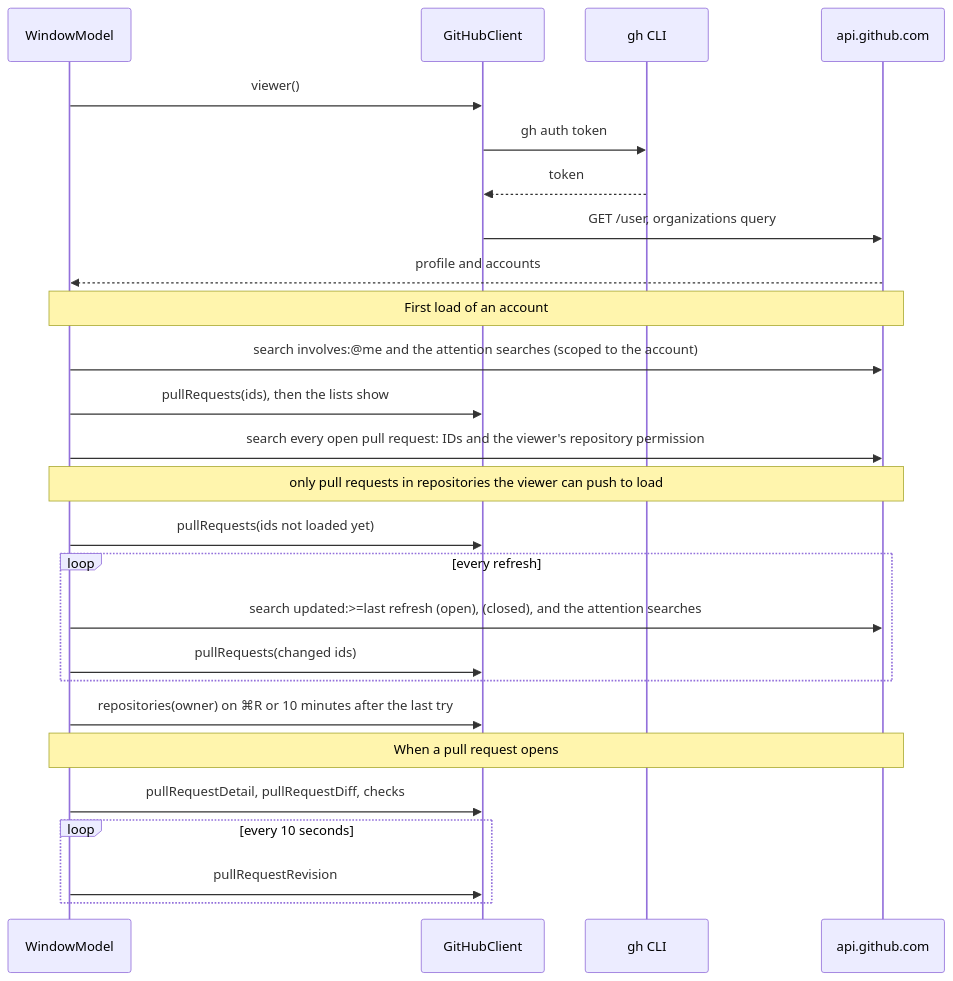
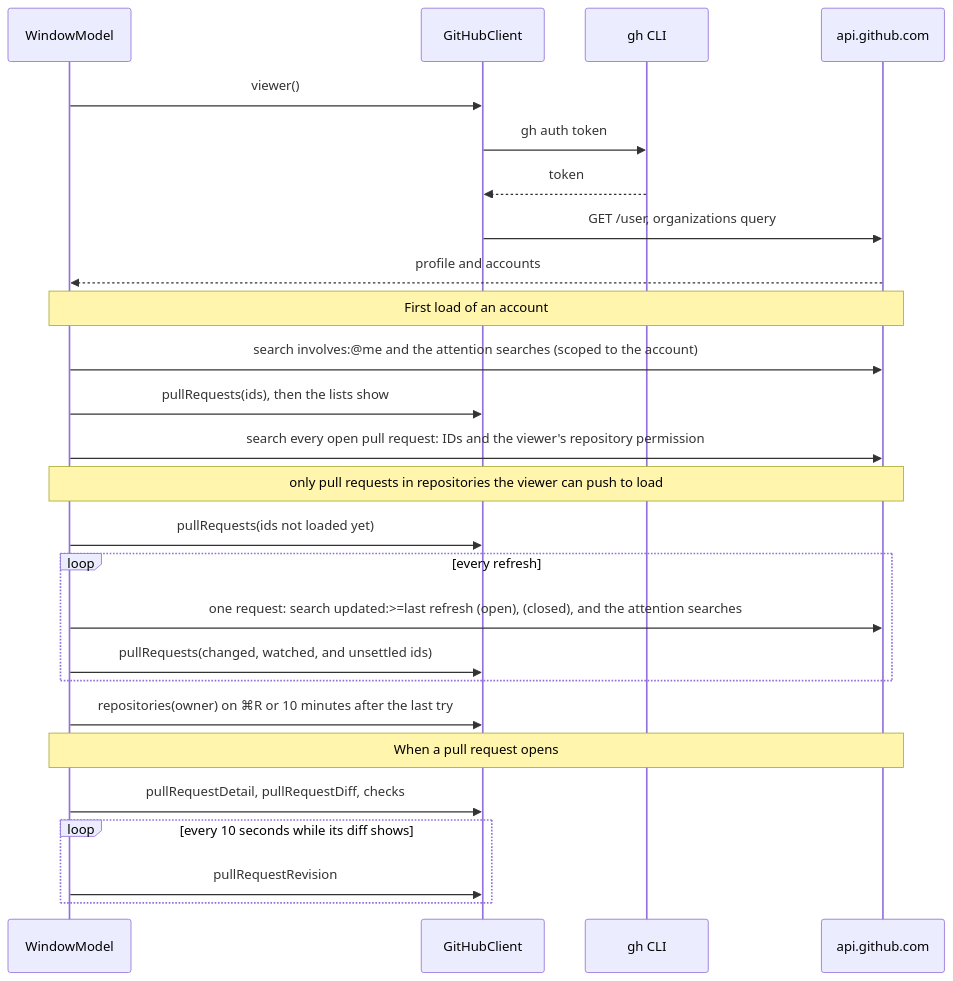
The diagram in plans/github.md (bojanrajkovic/hermes), drawn with Mermaid before and after one commit. The commit also changed other lines of this file and 9 other files, not shown here.

First line of the commit message:
Reload the pull requests on screen by ID on every refresh

````diff
--- a/plans/github.md
+++ b/plans/github.md
@@ -41,32 +41,32 @@
 ```mermaid
 sequenceDiagram
     participant App as WindowModel
     participant C as GitHubClient
     participant gh as gh CLI
     participant API as api.github.com
 
     App->>C: viewer()
     C->>gh: gh auth token
     gh-->>C: token
     C->>API: GET /user, organizations query
     API-->>App: profile and accounts
 
     Note over App,API: First load of an account
     App->>API: search involves:@me and the attention searches (scoped to the account)
     App->>C: pullRequests(ids), then the lists show
     App->>API: search every open pull request: IDs and the viewer's repository permission
     Note over App,API: only pull requests in repositories the viewer can push to load
     App->>C: pullRequests(ids not loaded yet)
 
     loop every refresh
-        App->>API: search updated:>=last refresh (open), (closed), and the attention searches
-        App->>C: pullRequests(changed ids)
+        App->>API: one request: search updated:>=last refresh (open), (closed), and the attention searches
+        App->>C: pullRequests(changed, watched, and unsettled ids)
     end
     App->>C: repositories(owner) on ⌘R or 10 minutes after the last try
 
     Note over App,API: When a pull request opens
     App->>C: pullRequestDetail, pullRequestDiff, checks
-    loop every 10 seconds
+    loop every 10 seconds while its diff shows
         App->>C: pullRequestRevision
     end
 ```
````
